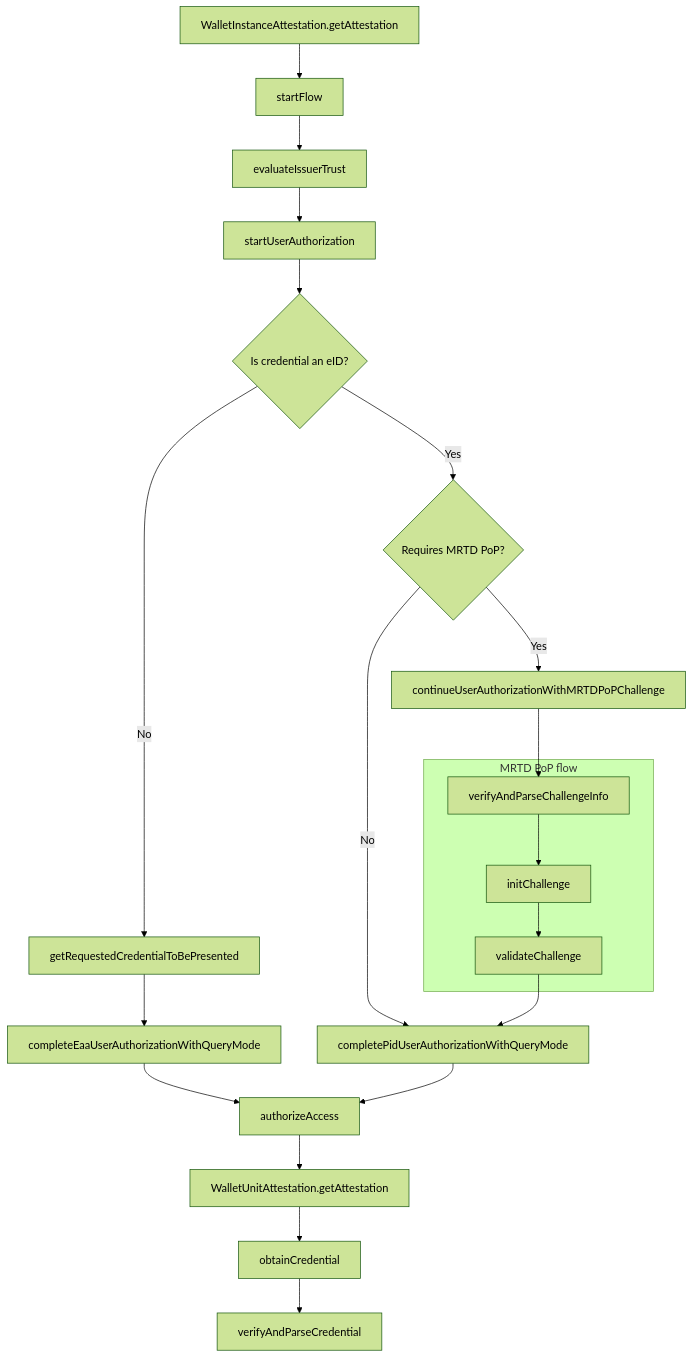
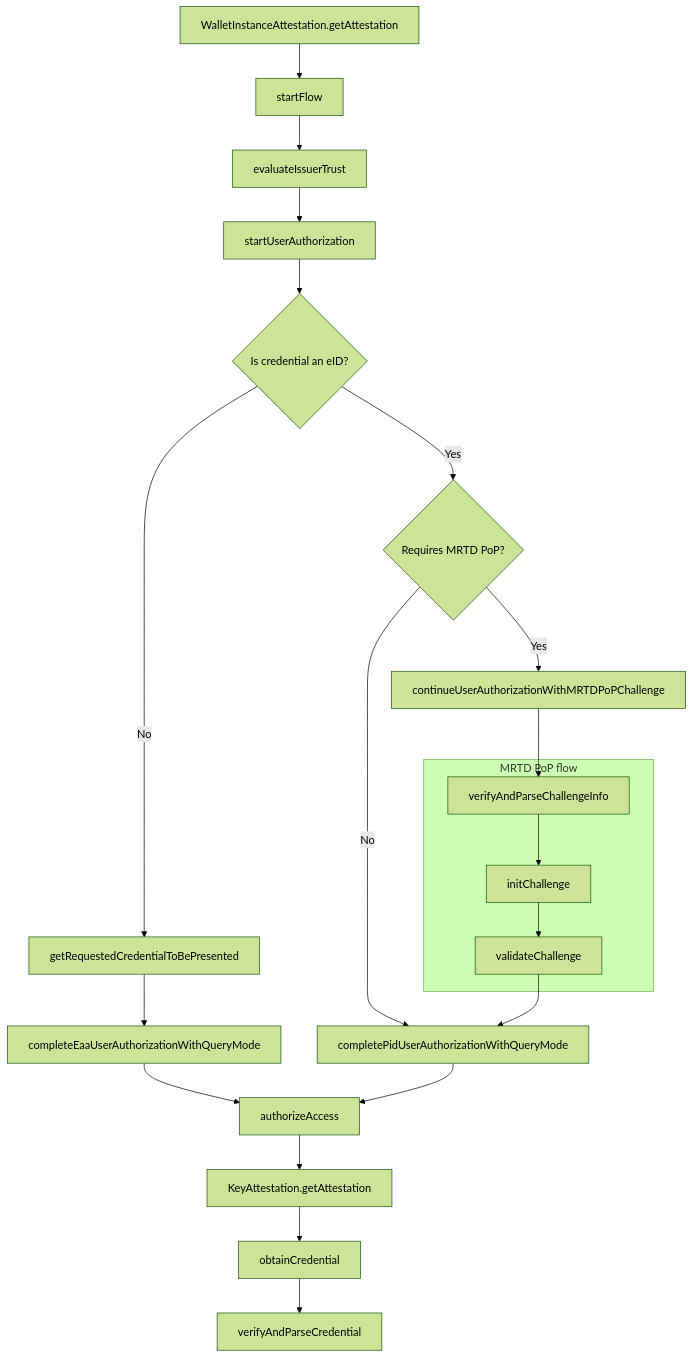
Before and after one commit to pagopa/io-react-native-wallet: the diagram in src/credential/issuance/README.md, drawn with Mermaid (forest theme). The commit also changed other lines of this file and 136 other files, not shown here.

````diff
--- a/src/credential/issuance/README.md
+++ b/src/credential/issuance/README.md
@@ -15,43 +15,43 @@
 ```mermaid
 graph TD;
     0[WalletInstanceAttestation.getAttestation]
     1[startFlow]
     2[evaluateIssuerTrust]
     3[startUserAuthorization]
     C4[getRequestedCredentialToBePresented]
     C4.1[completeEaaUserAuthorizationWithQueryMode]
     E4[completePidUserAuthorizationWithQueryMode]
     5[authorizeAccess]
-    6[WalletUnitAttestation.getAttestation]
+    6[KeyAttestation.getAttestation]
     7[obtainCredential]
     8[verifyAndParseCredential]
     credSel{Is credential an eID?}
     proofSel{Requires MRTD PoP?}
     M1[continueUserAuthorizationWithMRTDPoPChallenge]
     subgraph MRTD PoP flow
     M2[verifyAndParseChallengeInfo]
     M3[initChallenge]
     M4[validateChallenge]
     end
 
     0 --> 1
     1 --> 2
     2 --> 3
     3 --> credSel
     credSel -->|Yes| proofSel
     credSel -->|No| C4
     proofSel --> |Yes| M1
     proofSel --> |No| E4
     C4 --> C4.1
     C4.1 --> 5
     E4 --> 5
     5 --> 6
     6 --> 7
     7 --> 8
 
     M1 --> M2
     M2 --> M3
     M3 --> M4
     M4 --> E4
 
 ```
````
